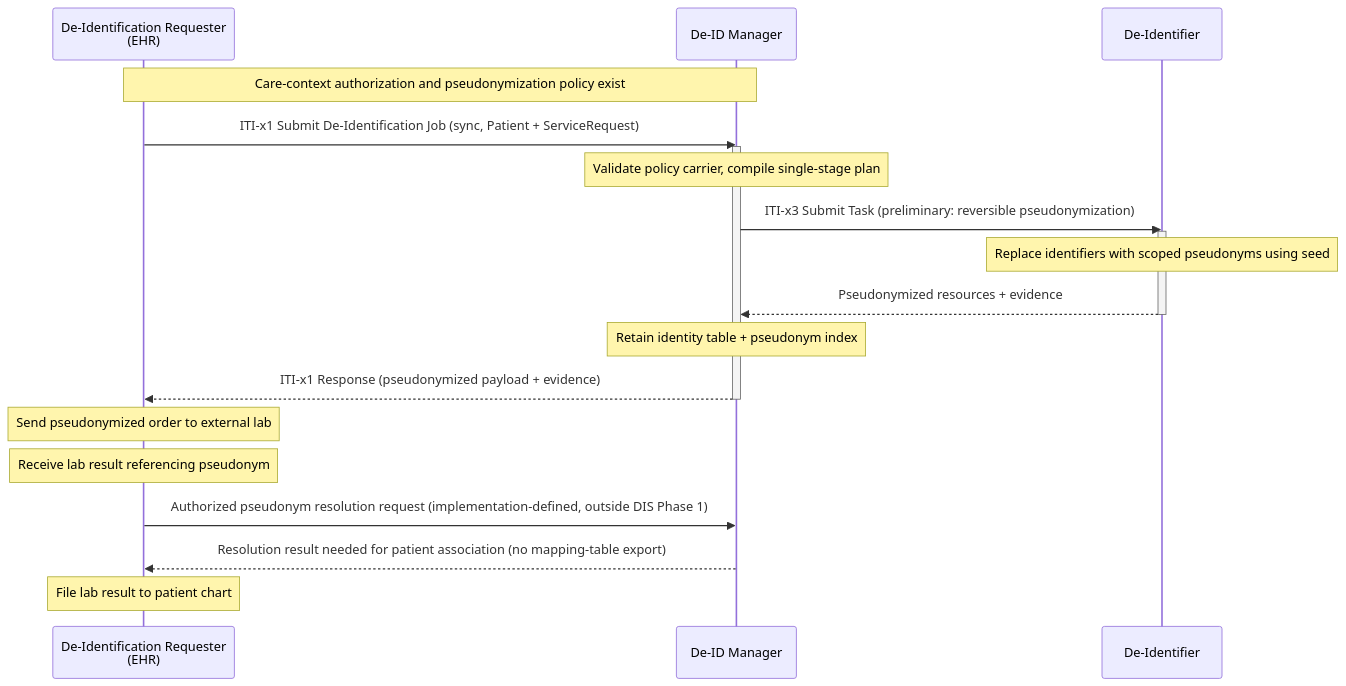
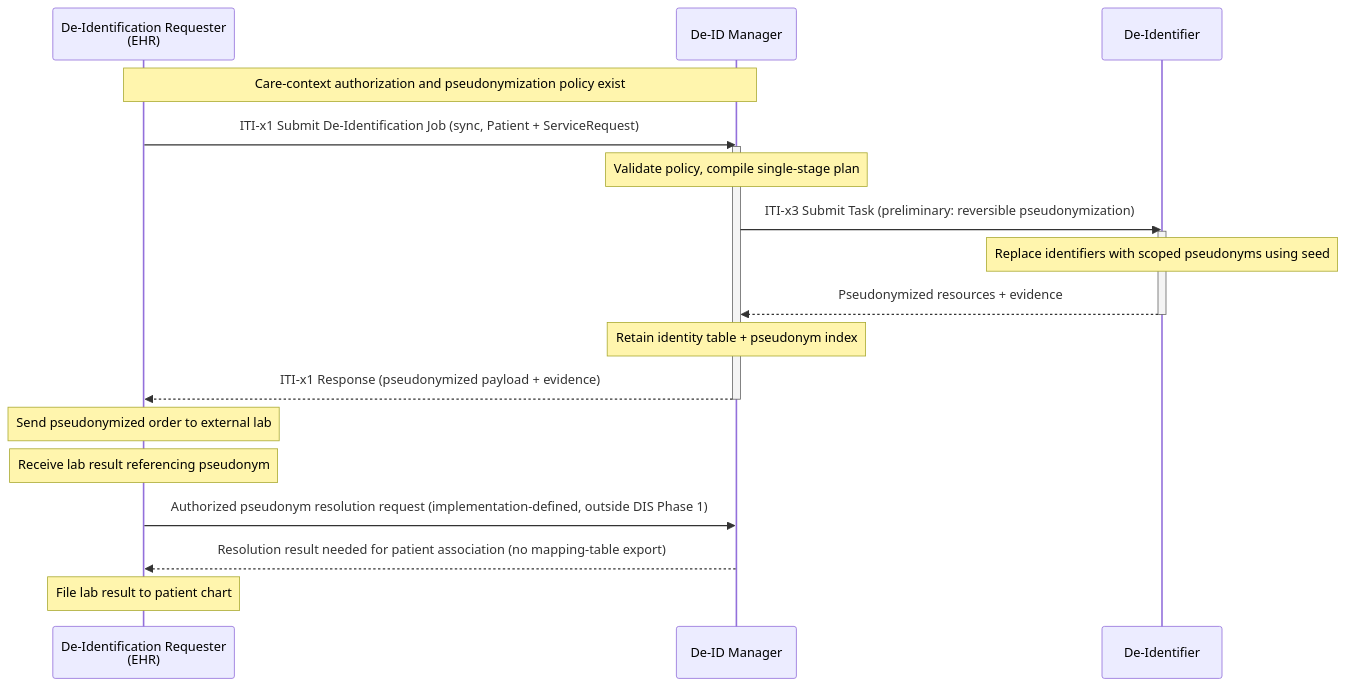
Before and after one commit to IHE/ITI.DIS: the fourth of 6 diagrams in input/pagecontent/volume-1.md, drawn with Mermaid. The commit also changed other lines of this file and 4 other files, not shown here.

````diff
--- a/input/pagecontent/volume-1.md
+++ b/input/pagecontent/volume-1.md
@@ -530,28 +530,28 @@
 ```mermaid
 sequenceDiagram
     participant EHR as De-Identification Requester<br/>(EHR)
     participant MGR as De-ID Manager
     participant DI as De-Identifier
 
     Note over EHR,MGR: Care-context authorization and pseudonymization policy exist
 
     EHR->>MGR: ITI-x1 Submit De-Identification Job (sync, Patient + ServiceRequest)
     activate MGR
-    Note over MGR: Validate policy carrier, compile single-stage plan
+    Note over MGR: Validate policy, compile single-stage plan
 
     MGR->>DI: ITI-x3 Submit Task (preliminary: reversible pseudonymization)
     activate DI
     Note over DI: Replace identifiers with scoped pseudonyms using seed
     DI-->>MGR: Pseudonymized resources + evidence
     deactivate DI
 
     Note over MGR: Retain identity table + pseudonym index
     MGR-->>EHR: ITI-x1 Response (pseudonymized payload + evidence)
     deactivate MGR
 
     Note over EHR: Send pseudonymized order to external lab
     Note over EHR: Receive lab result referencing pseudonym
     EHR->>MGR: Authorized pseudonym resolution request (implementation-defined, outside DIS Phase 1)
     MGR-->>EHR: Resolution result needed for patient association (no mapping-table export)
     Note over EHR: File lab result to patient chart
 ```
````
